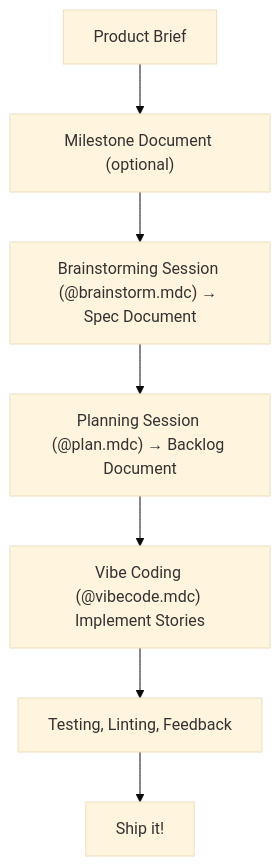
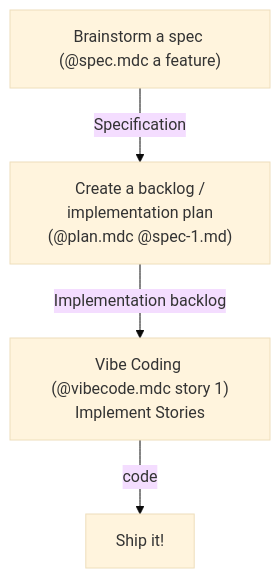
The diagram in README.md (gertalot/cursor-rules), drawn with Mermaid (base theme) before and after one commit. The commit also changed other lines of this file and 2 other files, not shown here.

Commit message:
improved spec + plan rules

````diff
--- a/README.md
+++ b/README.md
@@ -88,9 +88,7 @@
 ```mermaid
 flowchart TD
-    A["Product Brief"] --> B["Milestone Document (optional)"]
-    B --> C["Brainstorming Session (@brainstorm.mdc) → Spec Document"]
-    C --> D["Planning Session (@plan.mdc) → Backlog Document"]
-    D --> E["Vibe Coding (@vibecode.mdc) Implement Stories"]
-    E --> F["Testing, Linting, Feedback"]
-    F --> G["Ship it!"]
+    C["Brainstorm a spec (@spec.mdc a feature)"]
+    C --> | Specification | D["Create a backlog /<br/> implementation plan (@plan.mdc @spec-1.md)"]
+    D --> | Implementation backlog | E["Vibe Coding (@vibecode.mdc story 1)<br/>Implement Stories"]
+    E --> | code | G["Ship it!"]
 ```
````
